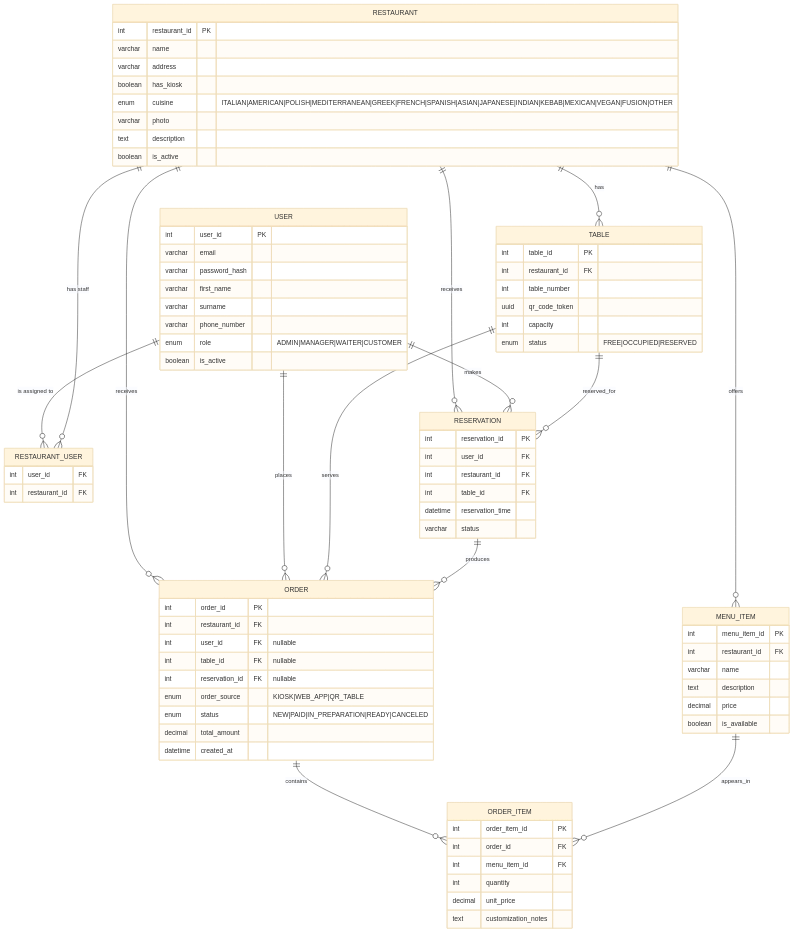
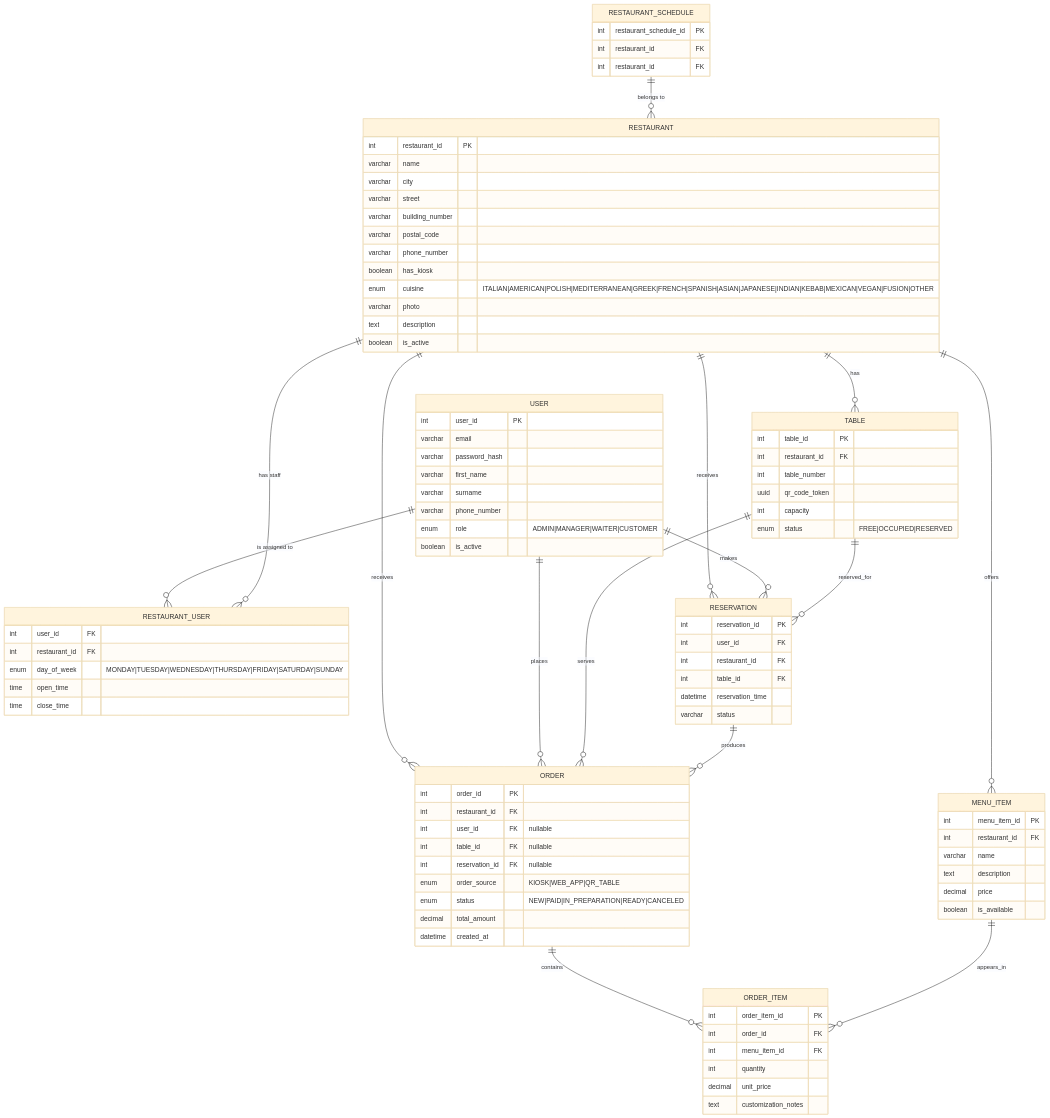
The second of 2 diagrams in Documentation/ARCHITECTURE.md (MatiBukowski/Zastosowania-Informatyki-w-gospodarce-), drawn with Mermaid (base theme) before and after one commit.

Commit message:
Update architecture documentation for restaurant schema
Added new fields to RESTAURANT and RESTAURANT_SCHEDULE entities in the architecture documentation.

```diff
--- a/Documentation/ARCHITECTURE.md
+++ b/Documentation/ARCHITECTURE.md
@@ -143,7 +143,11 @@
   RESTAURANT {
     int restaurant_id PK
     varchar name
-    varchar address
+    varchar city
+    varchar street
+    varchar building_number
+    varchar postal_code
+    varchar phone_number
     boolean has_kiosk
     enum cuisine "ITALIAN|AMERICAN|POLISH|MEDITERRANEAN|GREEK|FRENCH|SPANISH|ASIAN|JAPANESE|INDIAN|KEBAB|MEXICAN|VEGAN|FUSION|OTHER"
     varchar photo
@@ -151,9 +155,18 @@
     boolean is_active
   }
 
+  RESTAURANT_SCHEDULE {
+    int restaurant_schedule_id PK
+    int restaurant_id FK
+    int restaurant_id FK
+  }
+  
   RESTAURANT_USER {
     int user_id FK
     int restaurant_id FK
+    enum day_of_week "MONDAY|TUESDAY|WEDNESDAY|THURSDAY|FRIDAY|SATURDAY|SUNDAY"
+    time open_time
+    time close_time
   }
 
   TABLE {
@@ -206,6 +219,7 @@
 
   USER ||--o{ RESTAURANT_USER : "is assigned to"
   RESTAURANT ||--o{ RESTAURANT_USER : "has staff"
+  RESTAURANT_SCHEDULE ||--o{ RESTAURANT : "belongs to"
 
   RESTAURANT ||--o{ TABLE : has
   RESTAURANT ||--o{ MENU_ITEM : offers
```
